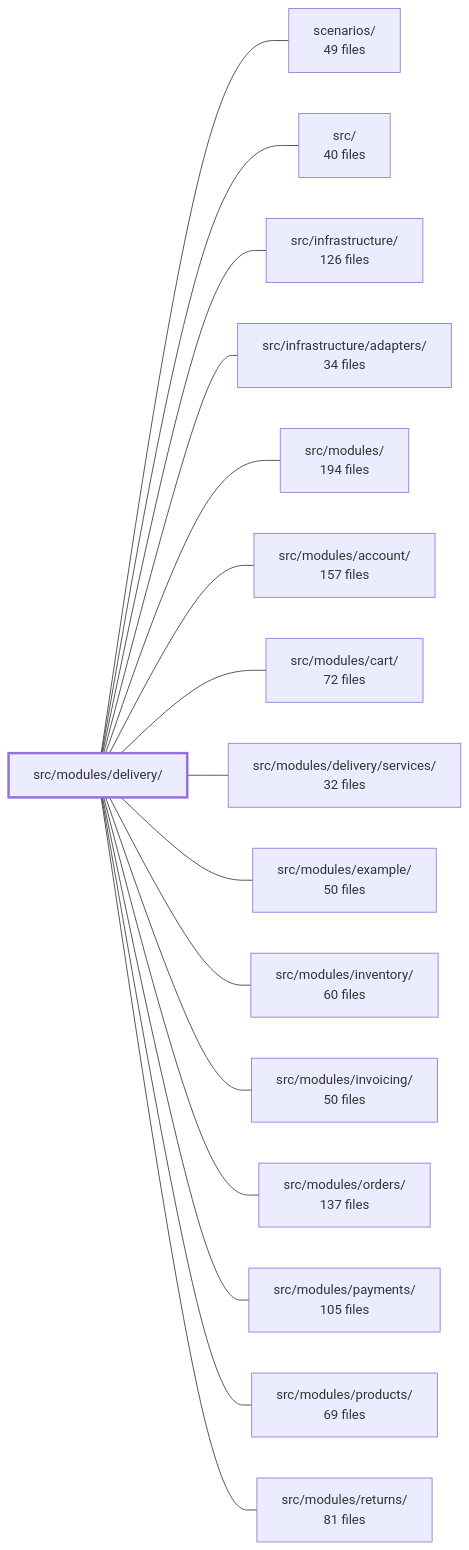
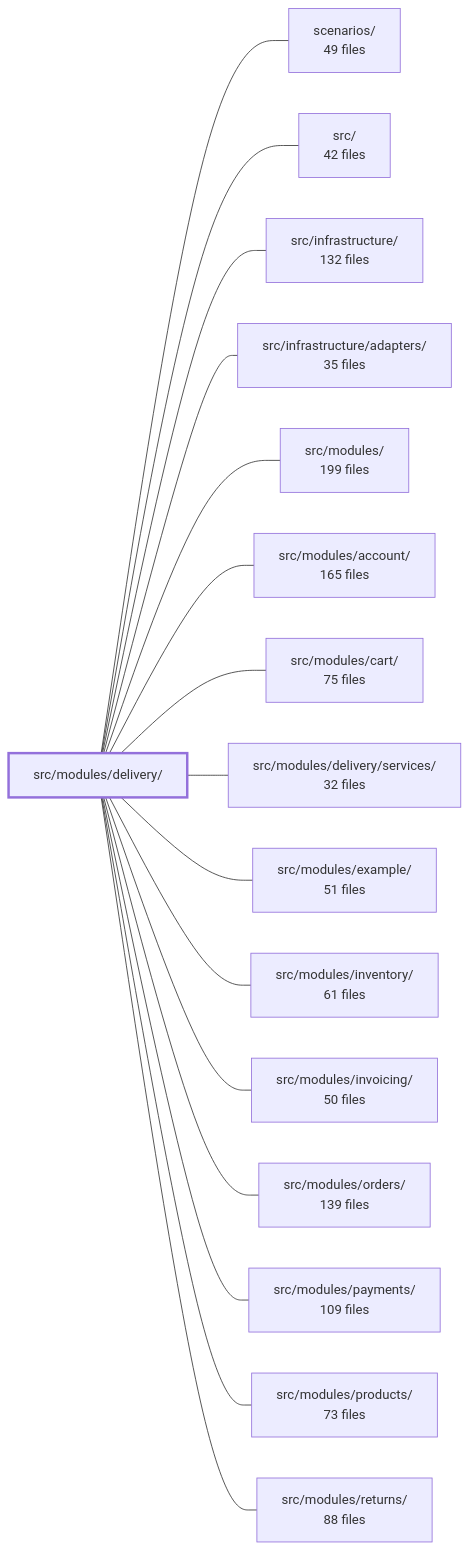
The diagram in .2brain/modules/boilerplate-node-backend_src_modules_delivery.md (Guebbit/boilerplate-node-backend), drawn with Mermaid before and after one commit. The commit also changed other lines of this file and 1102 other files, not shown here.

````diff
--- a/.2brain/modules/boilerplate-node-backend_src_modules_delivery.md
+++ b/.2brain/modules/boilerplate-node-backend_src_modules_delivery.md
@@ -47,35 +49,35 @@
 ```mermaid
 flowchart LR
     m_src_modules_delivery["src/modules/delivery/"]
     m_scenarios["scenarios/<br/>49 files"]
-    m_src["src/<br/>40 files"]
-    m_src_infrastructure["src/infrastructure/<br/>126 files"]
-    m_src_infrastructure_adapters["src/infrastructure/adapters/<br/>34 files"]
-    m_src_modules["src/modules/<br/>194 files"]
-    m_src_modules_account["src/modules/account/<br/>157 files"]
-    m_src_modules_cart["src/modules/cart/<br/>72 files"]
+    m_src["src/<br/>42 files"]
+    m_src_infrastructure["src/infrastructure/<br/>132 files"]
+    m_src_infrastructure_adapters["src/infrastructure/adapters/<br/>35 files"]
+    m_src_modules["src/modules/<br/>199 files"]
+    m_src_modules_account["src/modules/account/<br/>165 files"]
+    m_src_modules_cart["src/modules/cart/<br/>75 files"]
     m_src_modules_delivery_services["src/modules/delivery/services/<br/>32 files"]
-    m_src_modules_example["src/modules/example/<br/>50 files"]
-    m_src_modules_inventory["src/modules/inventory/<br/>60 files"]
+    m_src_modules_example["src/modules/example/<br/>51 files"]
+    m_src_modules_inventory["src/modules/inventory/<br/>61 files"]
     m_src_modules_invoicing["src/modules/invoicing/<br/>50 files"]
-    m_src_modules_orders["src/modules/orders/<br/>137 files"]
-    m_src_modules_payments["src/modules/payments/<br/>105 files"]
-    m_src_modules_products["src/modules/products/<br/>69 files"]
-    m_src_modules_returns["src/modules/returns/<br/>81 files"]
+    m_src_modules_orders["src/modules/orders/<br/>139 files"]
+    m_src_modules_payments["src/modules/payments/<br/>109 files"]
+    m_src_modules_products["src/modules/products/<br/>73 files"]
+    m_src_modules_returns["src/modules/returns/<br/>88 files"]
     m_src_modules_delivery --- m_scenarios
     m_src_modules_delivery --- m_src
     m_src_modules_delivery --- m_src_infrastructure
     m_src_modules_delivery --- m_src_infrastructure_adapters
     m_src_modules_delivery --- m_src_modules
     m_src_modules_delivery --- m_src_modules_account
     m_src_modules_delivery --- m_src_modules_cart
     m_src_modules_delivery --- m_src_modules_delivery_services
     m_src_modules_delivery --- m_src_modules_example
     m_src_modules_delivery --- m_src_modules_inventory
     m_src_modules_delivery --- m_src_modules_invoicing
     m_src_modules_delivery --- m_src_modules_orders
     m_src_modules_delivery --- m_src_modules_payments
     m_src_modules_delivery --- m_src_modules_products
     m_src_modules_delivery --- m_src_modules_returns
     style m_src_modules_delivery stroke-width:3px
 ```
````
